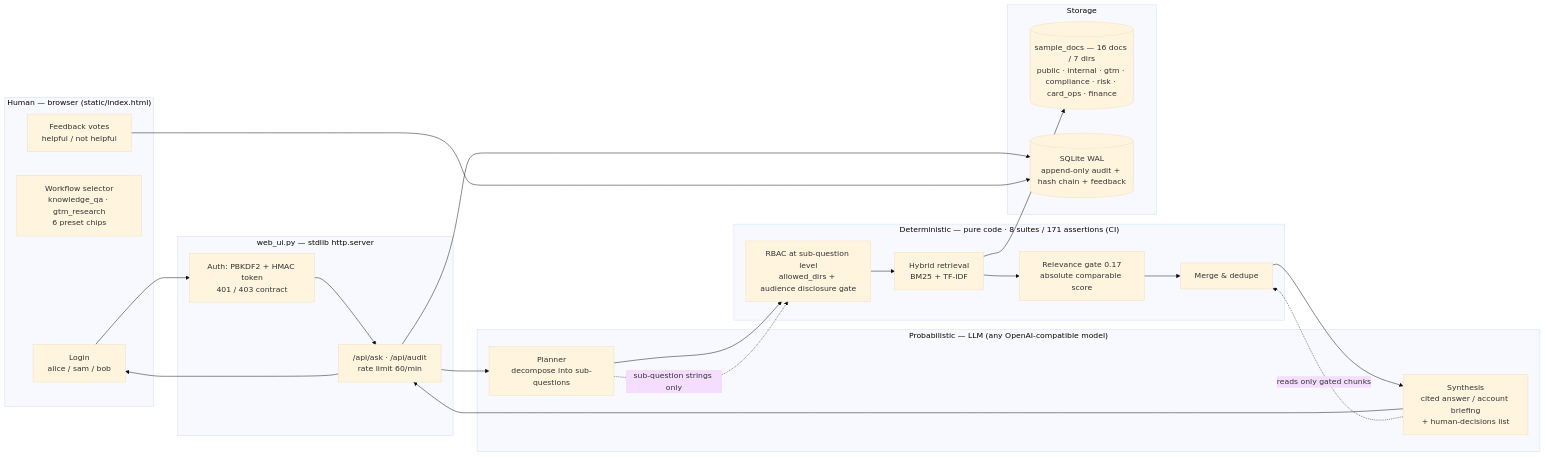
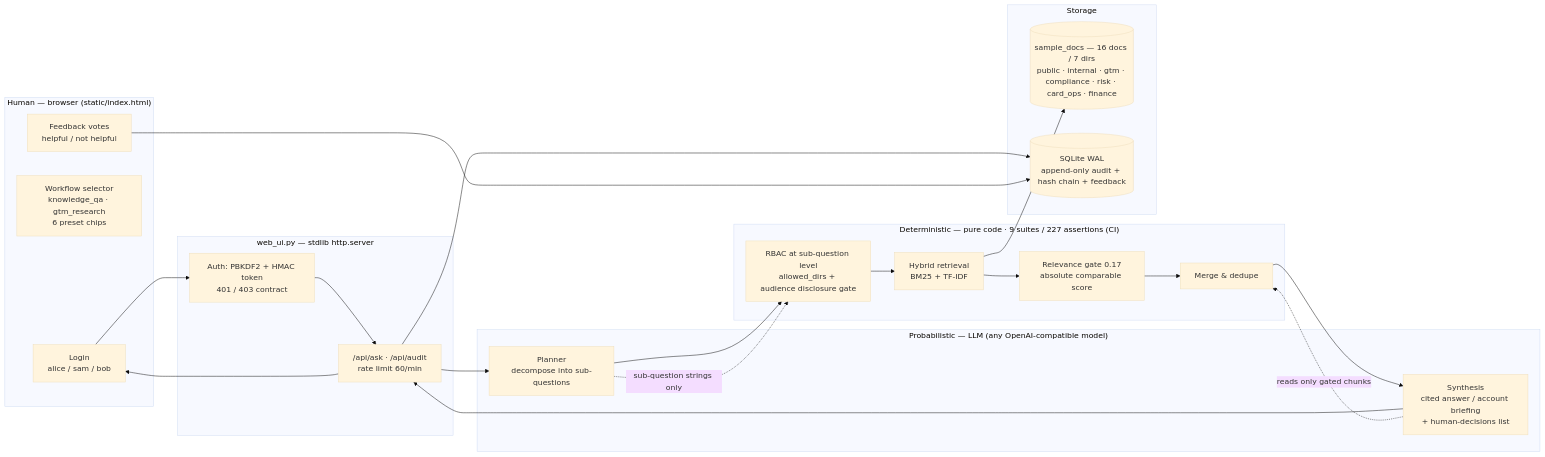
Before and after one commit to summersalt827/meridian-pay-kb: the diagram in docs/architecture.md, drawn with Mermaid (base theme). The commit also changed 6 other files, not shown here.

````diff
--- a/docs/architecture.md
+++ b/docs/architecture.md
@@ -7,32 +7,32 @@
 ```mermaid
 flowchart LR
   subgraph H["Human — browser (static/index.html)"]
     LOGIN["Login<br/>alice / sam / bob"]
     SEL["Workflow selector<br/>knowledge_qa · gtm_research<br/>6 preset chips"]
     FEED["Feedback votes<br/>helpful / not helpful"]
   end
   subgraph S["web_ui.py — stdlib http.server"]
     AUTH["Auth: PBKDF2 + HMAC token<br/>401 / 403 contract"]
     API["/api/ask · /api/audit<br/>rate limit 60/min"]
   end
   subgraph P["Probabilistic — LLM (any OpenAI-compatible model)"]
     PLAN["Planner<br/>decompose into sub-questions"]
     SYNTH["Synthesis<br/>cited answer / account briefing<br/>+ human-decisions list"]
   end
-  subgraph D["Deterministic — pure code · 8 suites / 171 assertions (CI)"]
+  subgraph D["Deterministic — pure code · 9 suites / 227 assertions (CI)"]
     RBAC["RBAC at sub-question level<br/>allowed_dirs + audience disclosure gate"]
     RET["Hybrid retrieval<br/>BM25 + TF-IDF"]
     GATE["Relevance gate 0.17<br/>absolute comparable score"]
     MERGE["Merge & dedupe"]
   end
   subgraph X["Storage"]
     DOCS[("sample_docs — 16 docs / 7 dirs<br/>public · internal · gtm · compliance · risk · card_ops · finance")]
     DB[("SQLite WAL<br/>append-only audit + hash chain + feedback")]
   end
   LOGIN --> AUTH --> API --> PLAN --> RBAC --> RET --> GATE --> MERGE --> SYNTH --> API --> LOGIN
   RET --> DOCS
   API --> DB
   FEED --> DB
   PLAN -. "sub-question strings only" .-> RBAC
   SYNTH -. "reads only gated chunks" .-> MERGE
 ```
````
